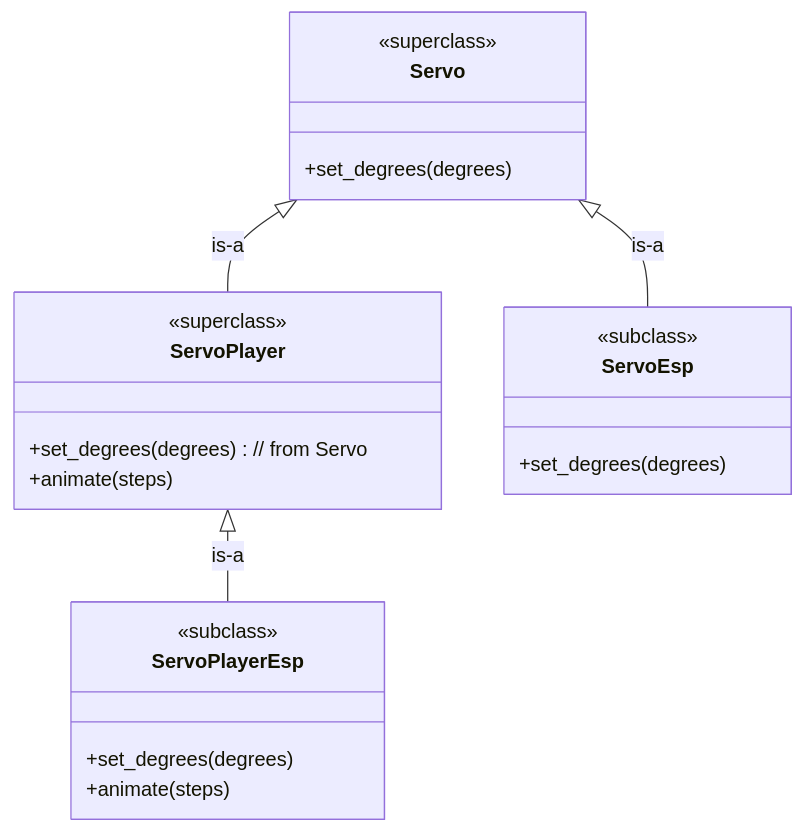
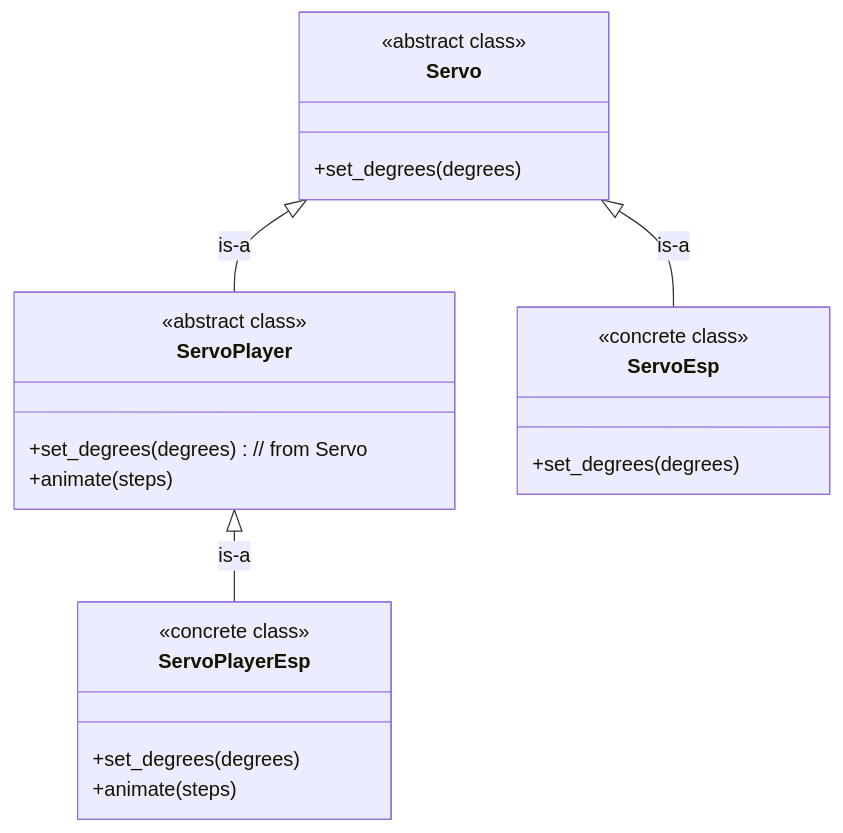
The diagram in examples/2_puzzle.md (CarlKCarlK/inherit), drawn with Mermaid before and after one commit. The commit also changed 8 other files, not shown here.

````diff
--- a/examples/2_puzzle.md
+++ b/examples/2_puzzle.md
@@ -6,30 +6,30 @@
 ```mermaid
 classDiagram
     direction TB
 
     class Servo {
-        <<superclass>>
+        <<abstract class>>
         +set_degrees(degrees)
     }
 
     class ServoPlayer {
-        <<superclass>>
+        <<abstract class>>
         +set_degrees(degrees) // from Servo
         +animate(steps)
     }
 
     class ServoEsp {
-        <<subclass>>
+        <<concrete class>>
         +set_degrees(degrees)
     }
 
     class ServoPlayerEsp {
-        <<subclass>>
+        <<concrete class>>
         +set_degrees(degrees)
         +animate(steps)
     }
 
     Servo <|-- ServoPlayer : is-a
     Servo <|-- ServoEsp : is-a
     ServoPlayer <|-- ServoPlayerEsp : is-a
 ```
````
